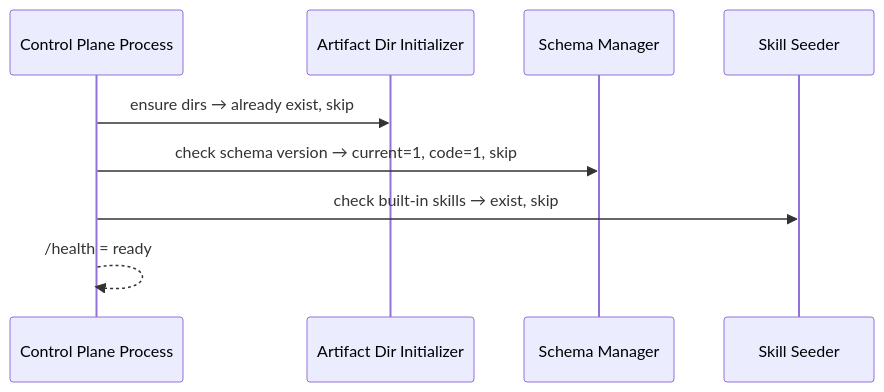
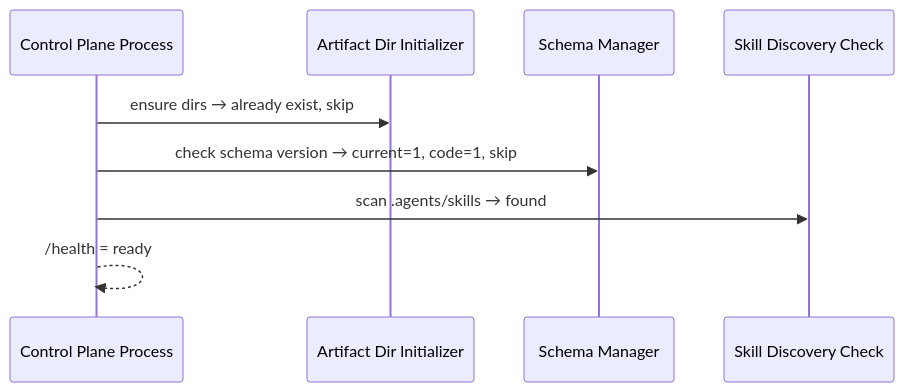
The third of 3 diagrams in docs/features/feat-000-system-bootstrap/design.md (songcojp/Spec-Driven-Autonomous-Coding-System), drawn with Mermaid before and after one commit. The commit also changed other lines of this file and 41 other files, not shown here.

````diff
--- a/docs/features/feat-000-system-bootstrap/design.md
+++ b/docs/features/feat-000-system-bootstrap/design.md
@@ -215,12 +211,12 @@
 ```mermaid
 sequenceDiagram
   participant Proc as Control Plane Process
   participant DI as Artifact Dir Initializer
   participant SM as Schema Manager
-  participant SS as Skill Seeder
+  participant SS as Skill Discovery Check
 
   Proc->>DI: ensure dirs → already exist, skip
   Proc->>SM: check schema version → current=1, code=1, skip
-  Proc->>SS: check built-in skills → exist, skip
+  Proc->>SS: scan .agents/skills → found
   Proc-->>Proc: /health = ready
 ```
````
